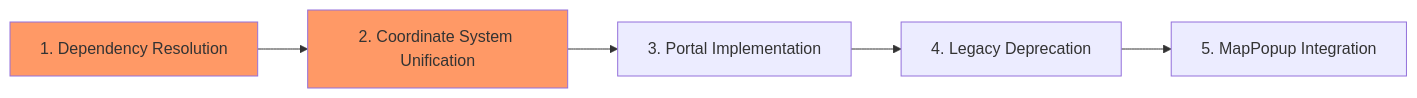
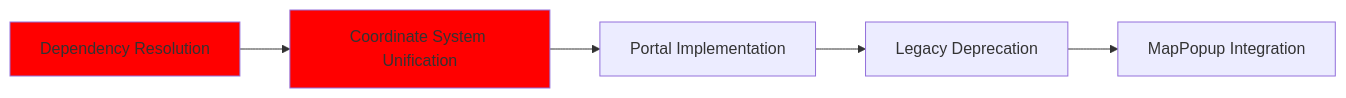
Before and after one commit to konturio/ui: the second of 2 diagrams in docs/investigations/tooltips-popups-audit.md, drawn with Mermaid. The commit also changed other lines of this file and 3 other files, not shown here.

````diff
--- a/docs/investigations/tooltips-popups-audit.md
+++ b/docs/investigations/tooltips-popups-audit.md
@@ -80,10 +80,10 @@
 ```mermaid
 graph LR
-    A[1. Dependency Resolution] --> B[2. Coordinate System Unification]
-    B --> C[3. Portal Implementation]
-    C --> D[4. Legacy Deprecation]
-    D --> E[5. MapPopup Integration]
+    A[Dependency Resolution] --> B[Coordinate System Unification]
+    B --> C[Portal Implementation]
+    C --> D[Legacy Deprecation]
+    D --> E[MapPopup Integration]
 
-    classDef critical fill:#f96;
+    classDef critical fill:red;
     class A,B critical
 ```
````
